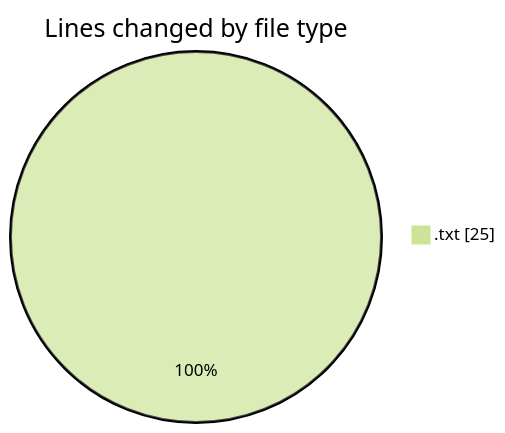
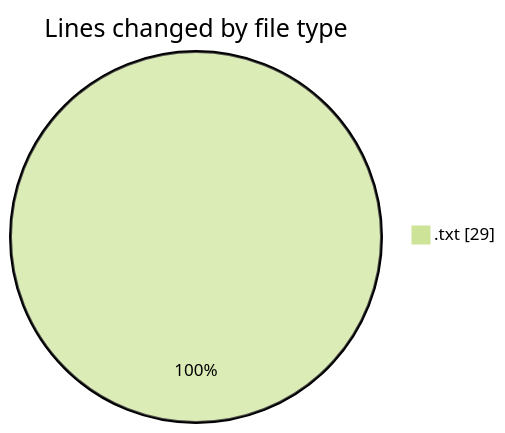
The first of 2 diagrams in 2025-04-07/echo/README.md (Netris89/code-tracking), drawn with Mermaid (forest theme) before and after one commit. The commit also changed other lines of this file and 1 other file, not shown here.

````diff
--- a/2025-04-07/echo/README.md
+++ b/2025-04-07/echo/README.md
@@ -20,5 +20,5 @@
 ```mermaid
 pie showData
 title Lines changed by file type
-".txt" : 25
+".txt" : 29
 ```
````
